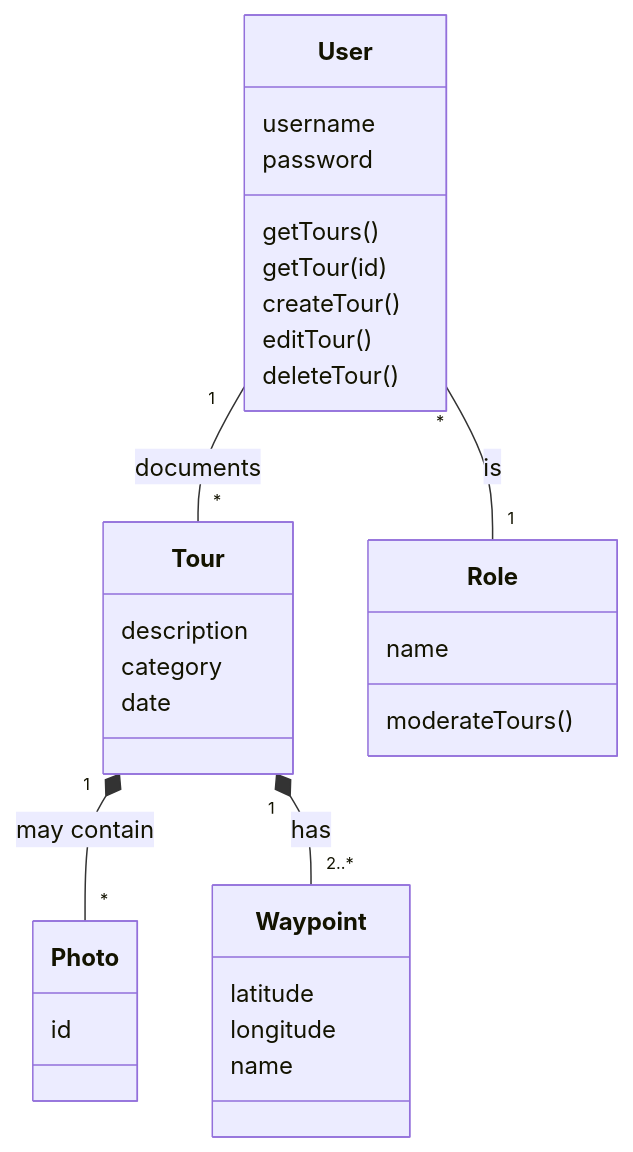
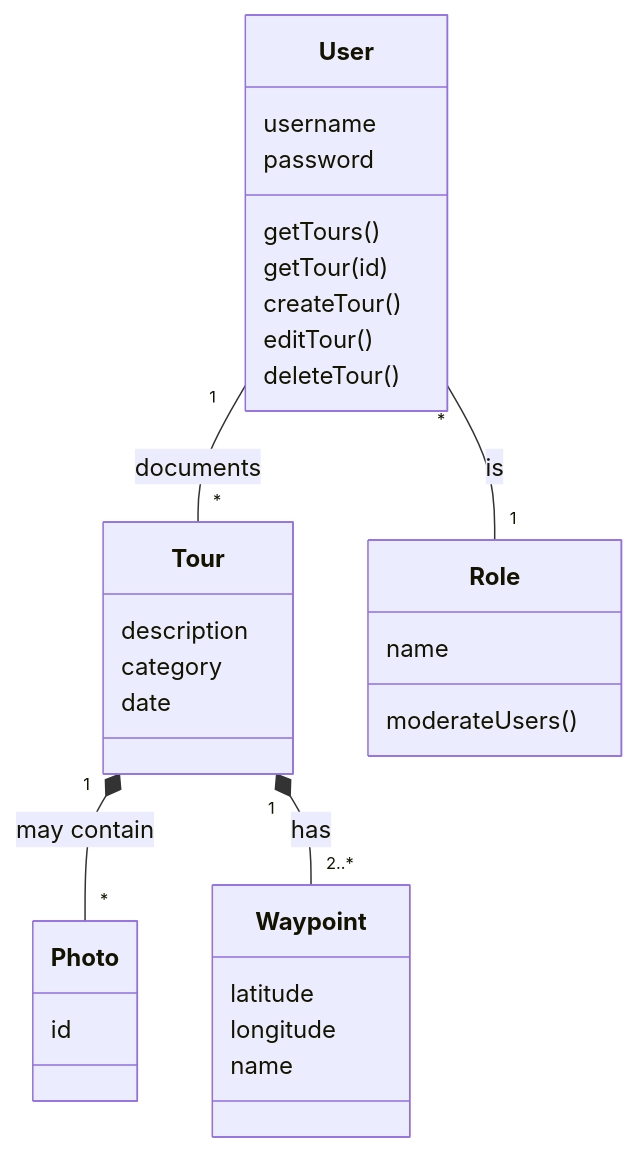
Before and after one commit to gipfeli-io/documentation: the diagram in docs/domain/domain-model.md, drawn with Mermaid. The commit also changed other lines of this file, not shown here.

````diff
--- a/docs/domain/domain-model.md
+++ b/docs/domain/domain-model.md
@@ -9,35 +9,35 @@
 ```mermaid
 classDiagram
     class User {
         username
         password
         
         getTours()
         getTour(id)
         createTour()
         editTour()
         deleteTour()
     }
     class Tour {
         description
         category
         date
     }
     class Photo {
         id
     }
     class Waypoint {
         latitude
         longitude
         name
     }
     class Role {
         name
-        moderateTours()
+        moderateUsers()
     }
     
     User "*" -- "1" Role : is
     User "1" -- "*" Tour : documents
     Tour "1" *-- "*" Photo : may contain
     Tour "1" *-- "2..*" Waypoint : has    
 ```
````
